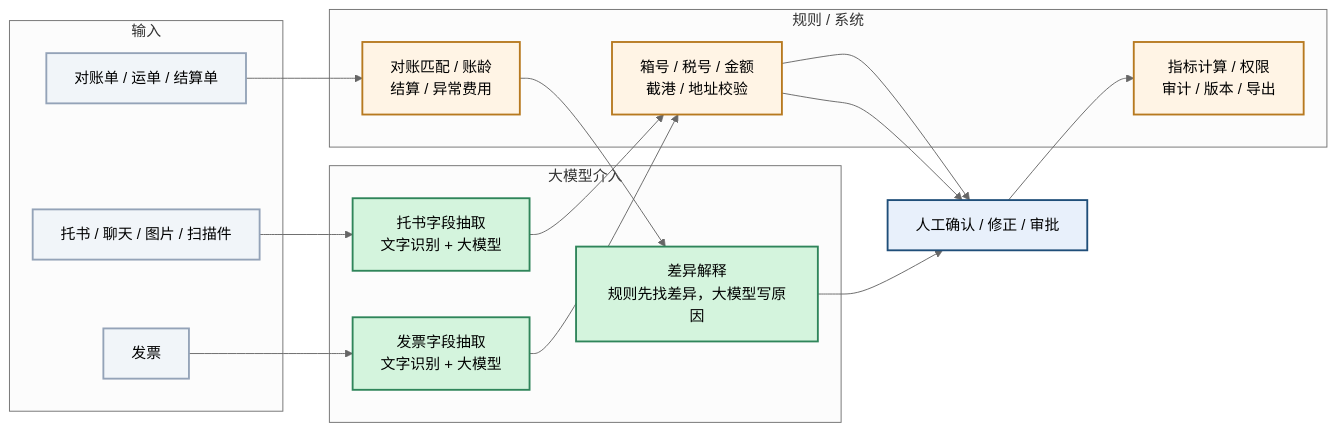
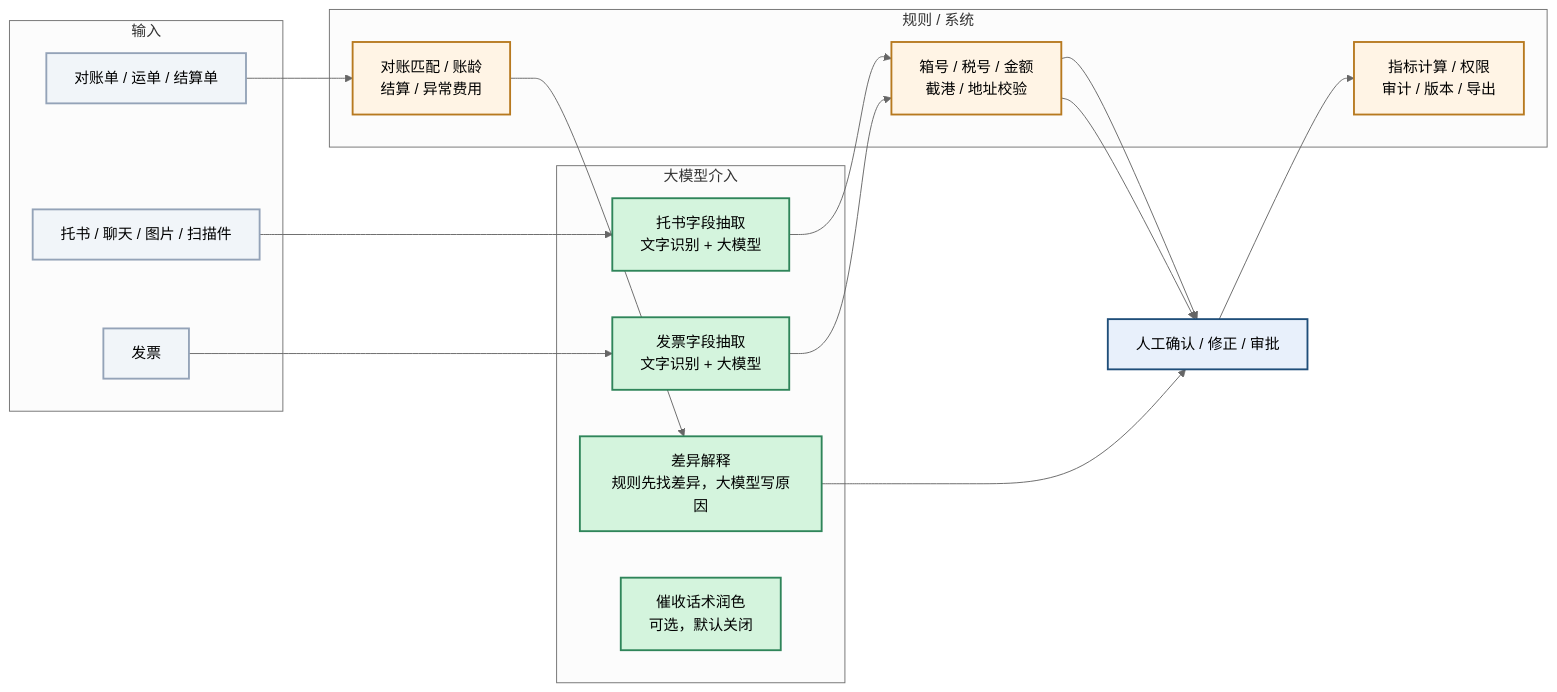
Before and after one commit to roma007/Enterprise-AI: the diagram in 会客包/17_大模型介入点全景.md, drawn with Mermaid (neutral theme). The commit also changed other lines of this file and 16 other files, not shown here.

````diff
--- a/会客包/17_大模型介入点全景.md
+++ b/会客包/17_大模型介入点全景.md
@@ -7,37 +7,38 @@
 ```mermaid
 flowchart LR
   subgraph IN["输入"]
     I1["托书 / 聊天 / 图片 / 扫描件"]
     I2["发票"]
     I3["对账单 / 运单 / 结算单"]
   end
 
   subgraph AI["大模型介入"]
     A1["托书字段抽取<br/>文字识别 + 大模型"]
     A2["发票字段抽取<br/>文字识别 + 大模型"]
     A3["差异解释<br/>规则先找差异，大模型写原因"]
+    A4["催收话术润色<br/>可选，默认关闭"]
   end
 
   subgraph RULE["规则 / 系统"]
     R1["箱号 / 税号 / 金额<br/>截港 / 地址校验"]
     R2["对账匹配 / 账龄<br/>结算 / 异常费用"]
     R3["指标计算 / 权限<br/>审计 / 版本 / 导出"]
   end
 
   H["人工确认 / 修正 / 审批"]
 
   I1 --> A1 --> R1 --> H
   I2 --> A2 --> R1 --> H
   I3 --> R2 --> A3 --> H
   H --> R3
 
   classDef ai fill:#d4f4dd,stroke:#2f855a,stroke-width:2px
   classDef rule fill:#fff4e5,stroke:#b7791f,stroke-width:2px
   classDef human fill:#e8f0fb,stroke:#1f4e79,stroke-width:2px
   classDef input fill:#f1f5f9,stroke:#94a3b8,stroke-width:2px
 
   class I1,I2,I3 input
-  class A1,A2,A3 ai
+  class A1,A2,A3,A4 ai
   class R1,R2,R3 rule
   class H human
 ```
````
